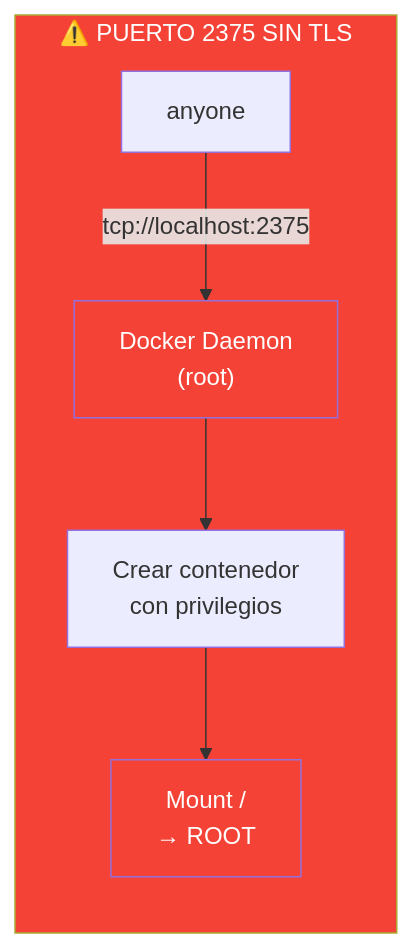
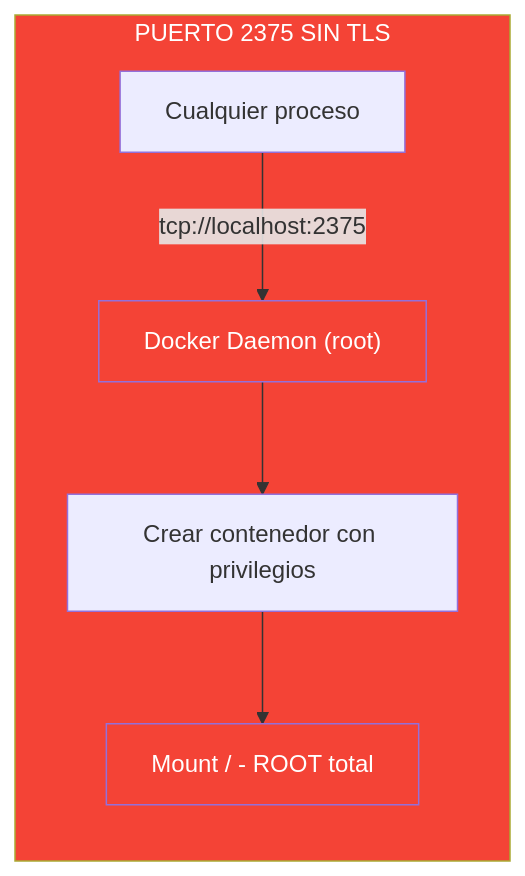
The second of 3 diagrams in 22-testing-avanzado.md (joseluisgs/DesarrolloWebEntornosServidor-01-2026-2027), drawn with Mermaid before and after one commit. The commit also changed other lines of this file and 1 other file, not shown here.

First line of the commit message:
[fix] Corregir sintaxis Mermaid en diagramas Docker-in-Docker

````diff
--- a/22-testing-avanzado.md
+++ b/22-testing-avanzado.md
@@ -577,12 +577,12 @@
 ```mermaid
 graph LR
-    subgraph DANGER["⚠️ PUERTO 2375 SIN TLS"]
-        A["anyone"] -->|"tcp://localhost:2375"| B["Docker Daemon<br/>(root)"]
-        B --> C["Crear contenedor<br/>con privilegios"]
-        C --> D["Mount /<br/>→ ROOT"]
+    subgraph DANGER["PUERTO 2375 SIN TLS"]
+        A["Cualquier proceso"] -->|"tcp://localhost:2375"| B["Docker Daemon (root)"]
+        B --> C["Crear contenedor con privilegios"]
+        C --> D["Mount / - ROOT total"]
     end
 
     style DANGER fill:#f44336,color:#fff
     style B fill:#f44336,color:#fff
     style D fill:#f44336,color:#fff
 ```
````
